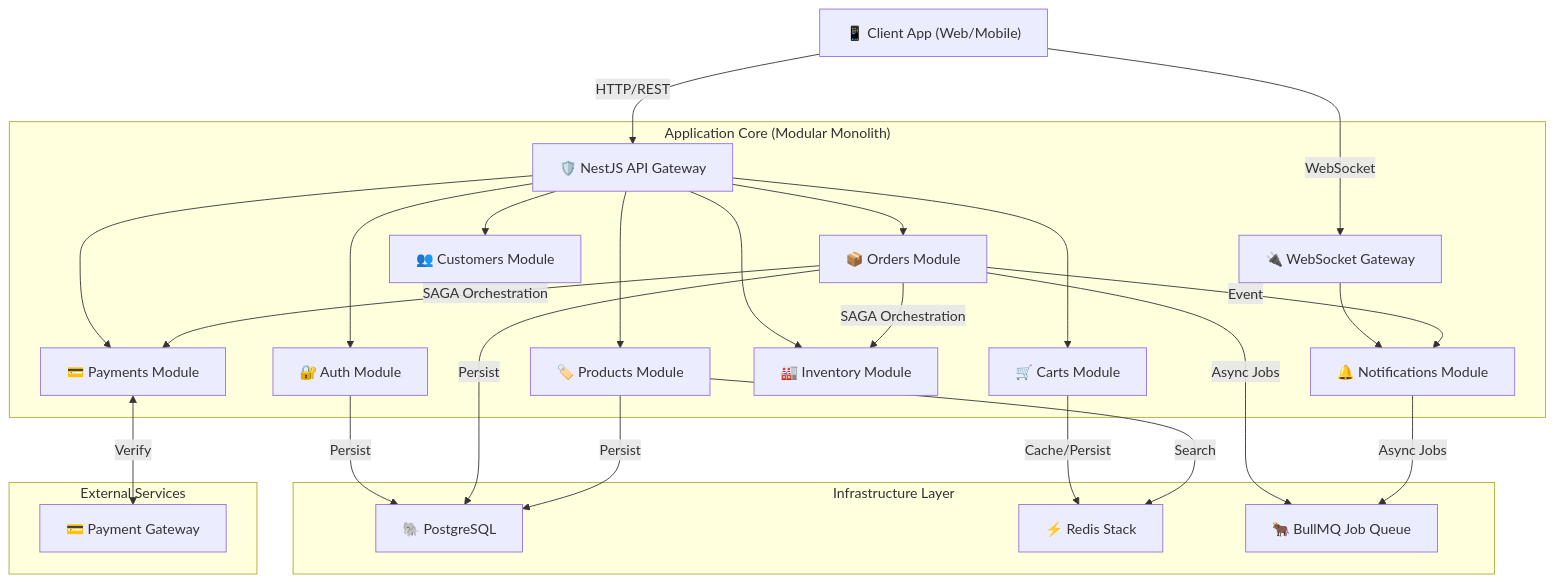
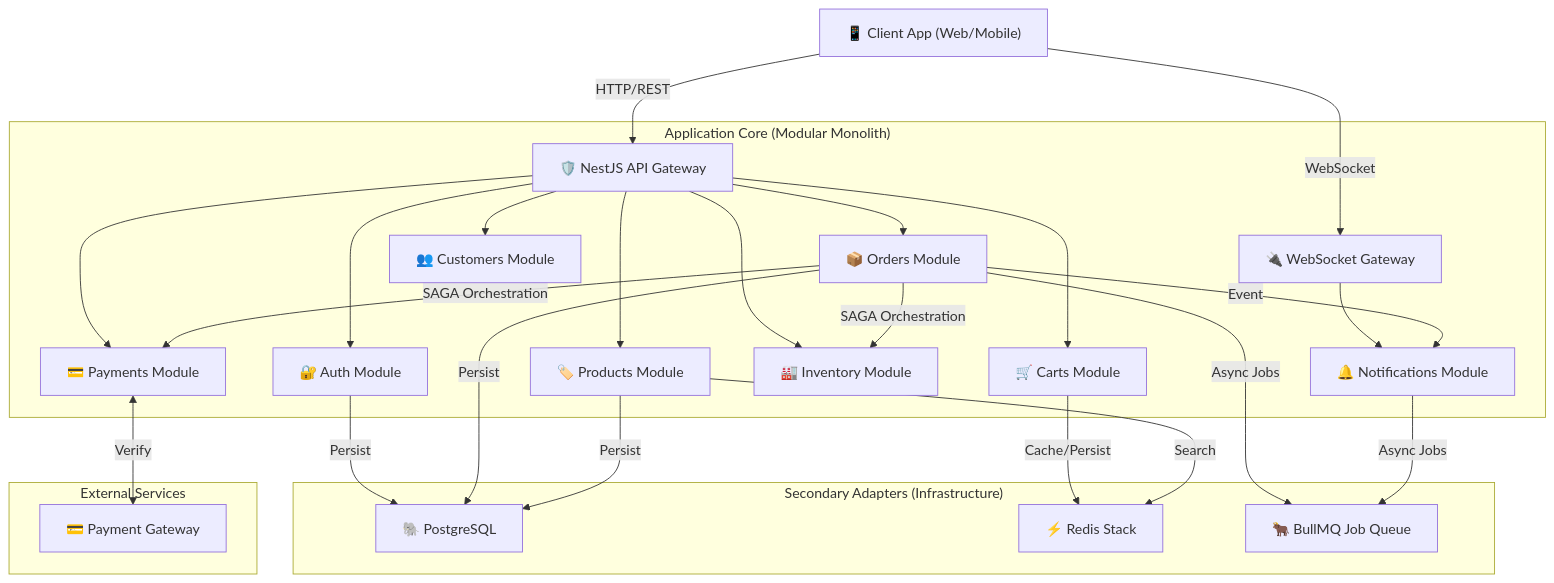
Before and after one commit to raouf-b-dev/ecommerce-store-api: the third of 11 diagrams in ARCHITECTURE.md, drawn with Mermaid. The commit also changed other lines of this file and 1 other file, not shown here.

Commit message:
ES-101: Update architecture documentation to reflect Hexagonal Architecture principles, renaming layers and enhancing clarity on module structure and responsibilities.

````diff
--- a/ARCHITECTURE.md
+++ b/ARCHITECTURE.md
@@ -108,37 +108,37 @@
 ```mermaid
 graph TD
     Client["📱 Client App (Web/Mobile)"] -->|HTTP/REST| API["🛡️ NestJS API Gateway"]
     Client -->|WebSocket| WS["🔌 WebSocket Gateway"]
 
     subgraph "Application Core (Modular Monolith)"
         API --> Auth["🔐 Auth Module"]
         API --> Orders["📦 Orders Module"]
         API --> Products["🏷️ Products Module"]
         API --> Carts["🛒 Carts Module"]
         API --> Payments["💳 Payments Module"]
         API --> Inventory["🏭 Inventory Module"]
         API --> Customers["👥 Customers Module"]
 
         WS --> Notifications["🔔 Notifications Module"]
 
         Orders -->|SAGA Orchestration| Inventory
         Orders -->|SAGA Orchestration| Payments
         Orders -->|Event| Notifications
     end
 
-    subgraph "Infrastructure Layer"
+    subgraph "Secondary Adapters (Infrastructure)"
         Auth -->|Persist| PG["🐘 PostgreSQL"]
         Orders -->|Persist| PG
         Products -->|Persist| PG
 
         Carts -->|Cache/Persist| Redis["⚡ Redis Stack"]
         Products -->|Search| Redis
 
         Orders -->|Async Jobs| BullMQ["🐂 BullMQ Job Queue"]
         Notifications -->|Async Jobs| BullMQ
     end
 
     subgraph "External Services"
         Payments <-->|Verify| Stripe["💳 Payment Gateway"]
     end
 ```
````
